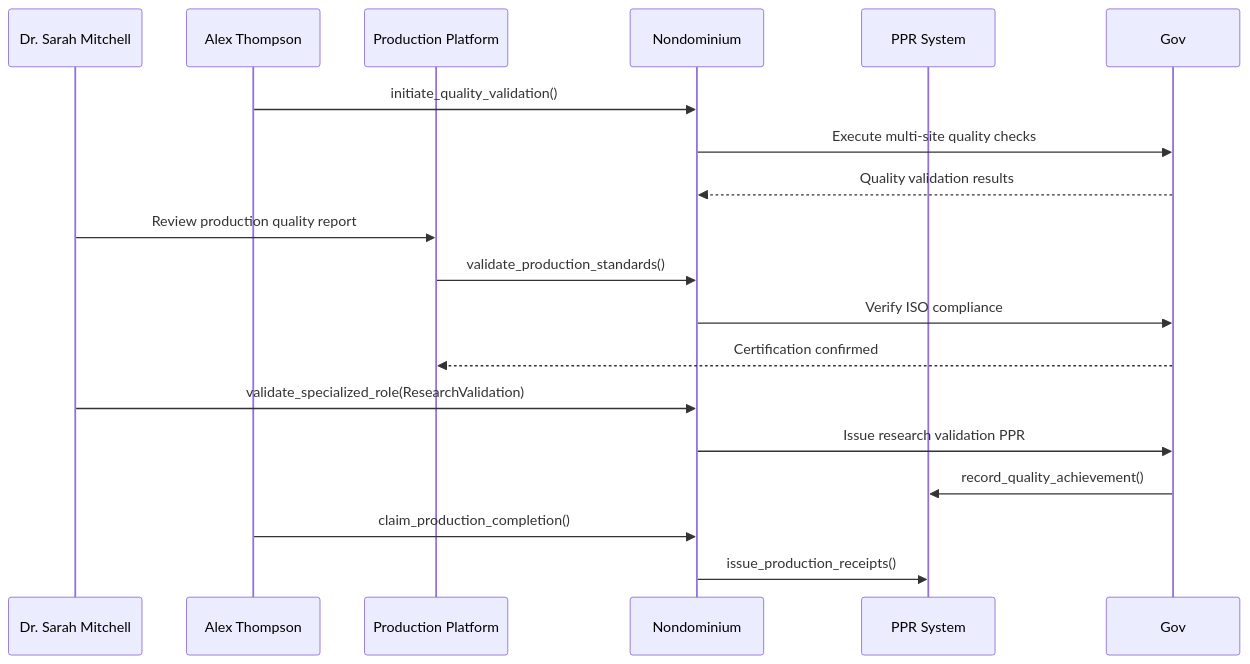
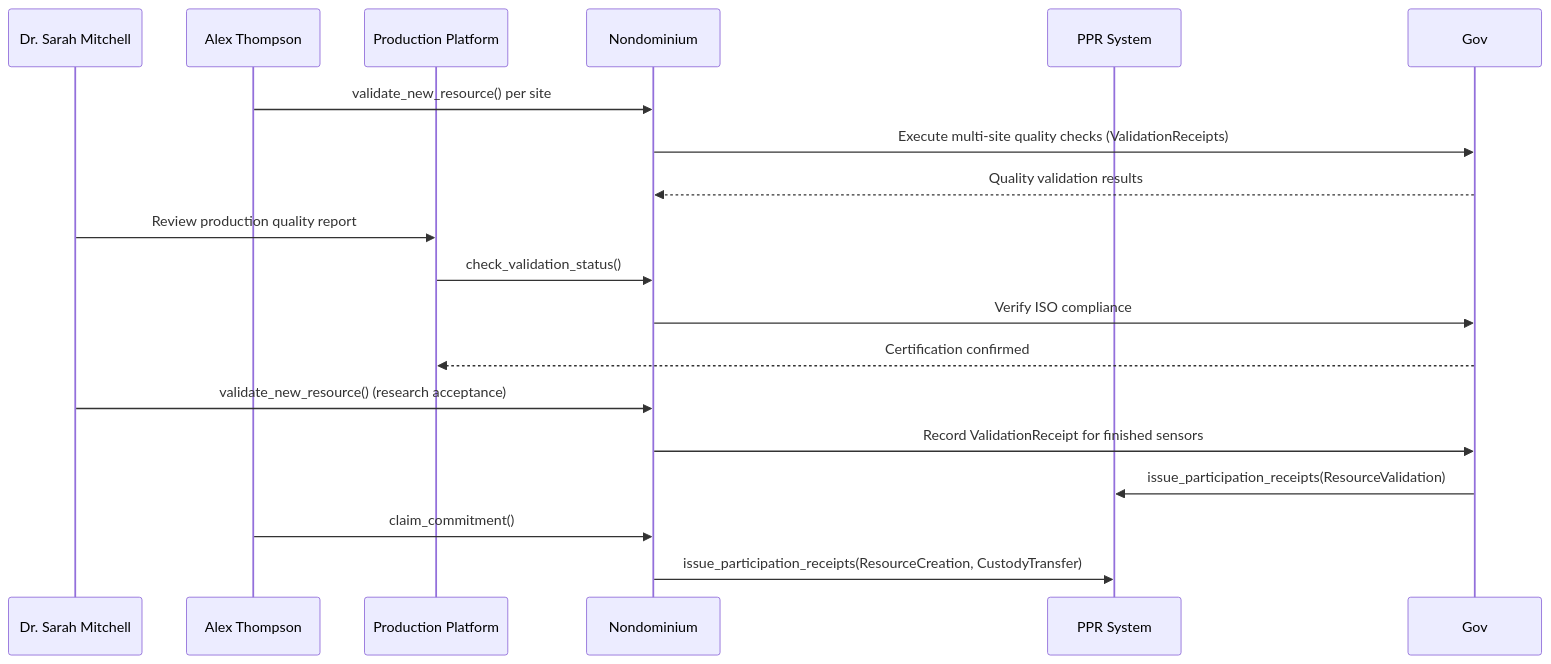
The fifth of 9 diagrams in documentation/Applications/user-story/user-story-material-peer-production.md (Sensorica/nondominium), drawn with Mermaid before and after one commit. The commit also changed other lines of this file and 99 other files, not shown here.

````diff
--- a/documentation/Applications/user-story/user-story-material-peer-production.md
+++ b/documentation/Applications/user-story/user-story-material-peer-production.md
@@ -215,24 +237,24 @@
 ```mermaid
 sequenceDiagram
     participant Sarah as Dr. Sarah Mitchell
     participant Alex as Alex Thompson
     participant Platform as Production Platform
     participant ND as Nondominium
     participant PPR as PPR System
 
-    Alex->>ND: initiate_quality_validation()
-    ND->>Gov: Execute multi-site quality checks
+    Alex->>ND: validate_new_resource() per site
+    ND->>Gov: Execute multi-site quality checks (ValidationReceipts)
     Gov-->>ND: Quality validation results
 
     Sarah->>Platform: Review production quality report
-    Platform->>ND: validate_production_standards()
+    Platform->>ND: check_validation_status()
     ND->>Gov: Verify ISO compliance
     Gov-->>Platform: Certification confirmed
 
-    Sarah->>ND: validate_specialized_role(ResearchValidation)
-    ND->>Gov: Issue research validation PPR
-    Gov->>PPR: record_quality_achievement()
+    Sarah->>ND: validate_new_resource() (research acceptance)
+    ND->>Gov: Record ValidationReceipt for finished sensors
+    Gov->>PPR: issue_participation_receipts(ResourceValidation)
 
-    Alex->>ND: claim_production_completion()
-    ND->>PPR: issue_production_receipts()
+    Alex->>ND: claim_commitment()
+    ND->>PPR: issue_participation_receipts(ResourceCreation, CustodyTransfer)
 ```
````
